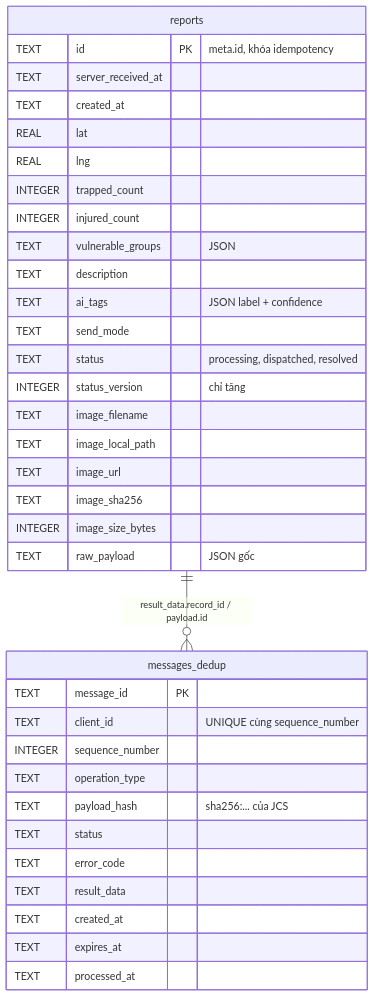
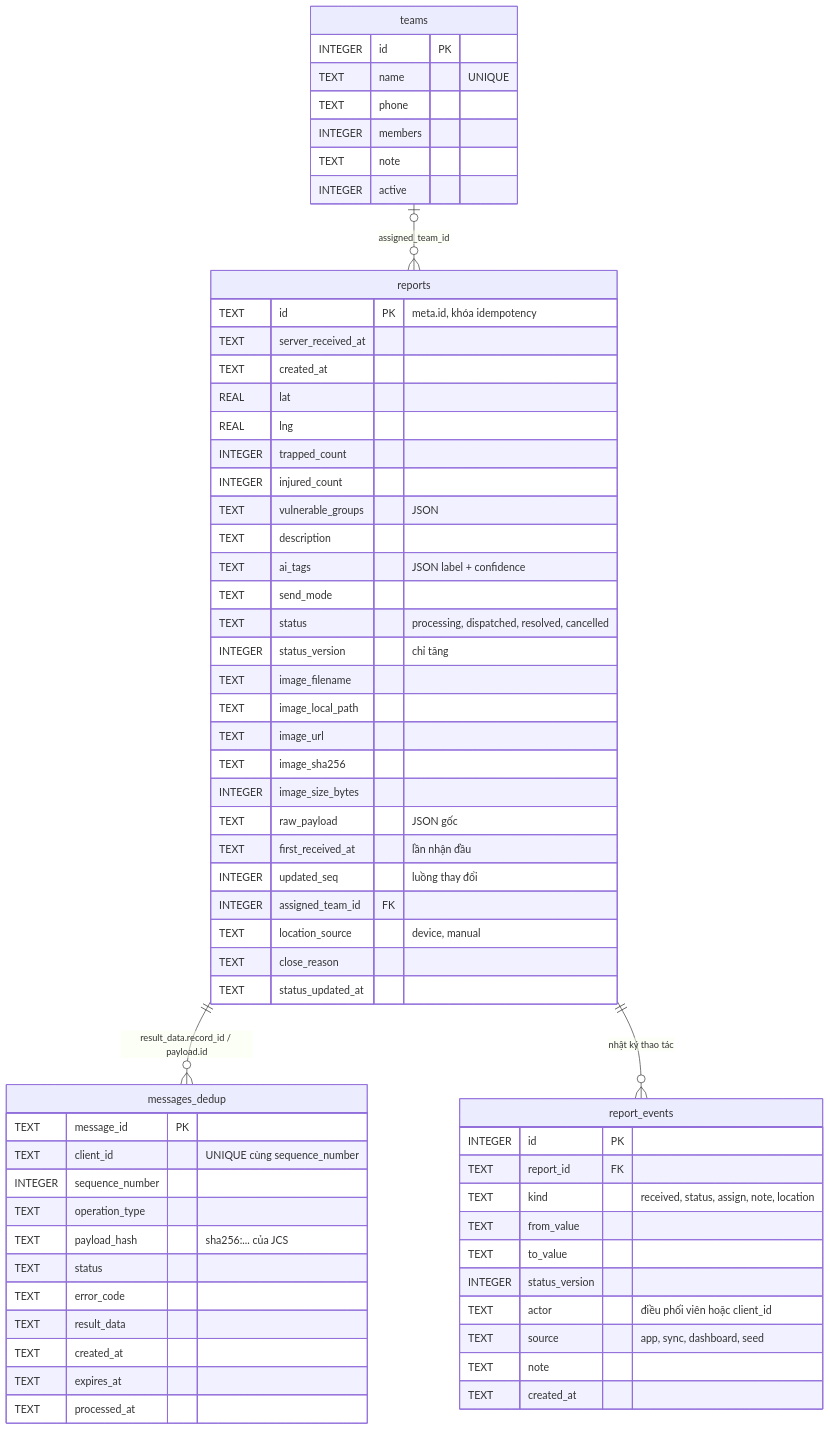
One commit to ngthtrong/nckh2 changed the third of 4 diagrams in docs/system_design.md. Above: the diagram before and after it, drawn with Mermaid. The commit also changed other lines of this file and 68 other files, not shown here.

````diff
--- a/docs/system_design.md
+++ b/docs/system_design.md
@@ -102,38 +108,66 @@
 ```mermaid
 erDiagram
     reports ||--o{ messages_dedup : "result_data.record_id / payload.id"
+    reports ||--o{ report_events : "nhật ký thao tác"
+    teams |o--o{ reports : "assigned_team_id"
     reports {
         TEXT id PK "meta.id, khóa idempotency"
         TEXT server_received_at
         TEXT created_at
         REAL lat
         REAL lng
         INTEGER trapped_count
         INTEGER injured_count
         TEXT vulnerable_groups "JSON"
         TEXT description
         TEXT ai_tags "JSON label + confidence"
         TEXT send_mode
-        TEXT status "processing, dispatched, resolved"
+        TEXT status "processing, dispatched, resolved, cancelled"
         INTEGER status_version "chỉ tăng"
         TEXT image_filename
         TEXT image_local_path
         TEXT image_url
         TEXT image_sha256
         INTEGER image_size_bytes
         TEXT raw_payload "JSON gốc"
+        TEXT first_received_at "lần nhận đầu"
+        INTEGER updated_seq "luồng thay đổi"
+        INTEGER assigned_team_id FK
+        TEXT location_source "device, manual"
+        TEXT close_reason
+        TEXT status_updated_at
+    }
+    report_events {
+        INTEGER id PK
+        TEXT report_id FK
+        TEXT kind "received, status, assign, note, location"
+        TEXT from_value
+        TEXT to_value
+        INTEGER status_version
+        TEXT actor "điều phối viên hoặc client_id"
+        TEXT source "app, sync, dashboard, seed"
+        TEXT note
+        TEXT created_at
+    }
+    teams {
+        INTEGER id PK
+        TEXT name "UNIQUE"
+        TEXT phone
+        INTEGER members
+        TEXT note
+        INTEGER active
     }
     messages_dedup {
         TEXT message_id PK
         TEXT client_id "UNIQUE cùng sequence_number"
         INTEGER sequence_number
         TEXT operation_type
         TEXT payload_hash "sha256:... của JCS"
         TEXT status
         TEXT error_code
         TEXT result_data
         TEXT created_at
         TEXT expires_at
         TEXT processed_at
     }
 ```
````
